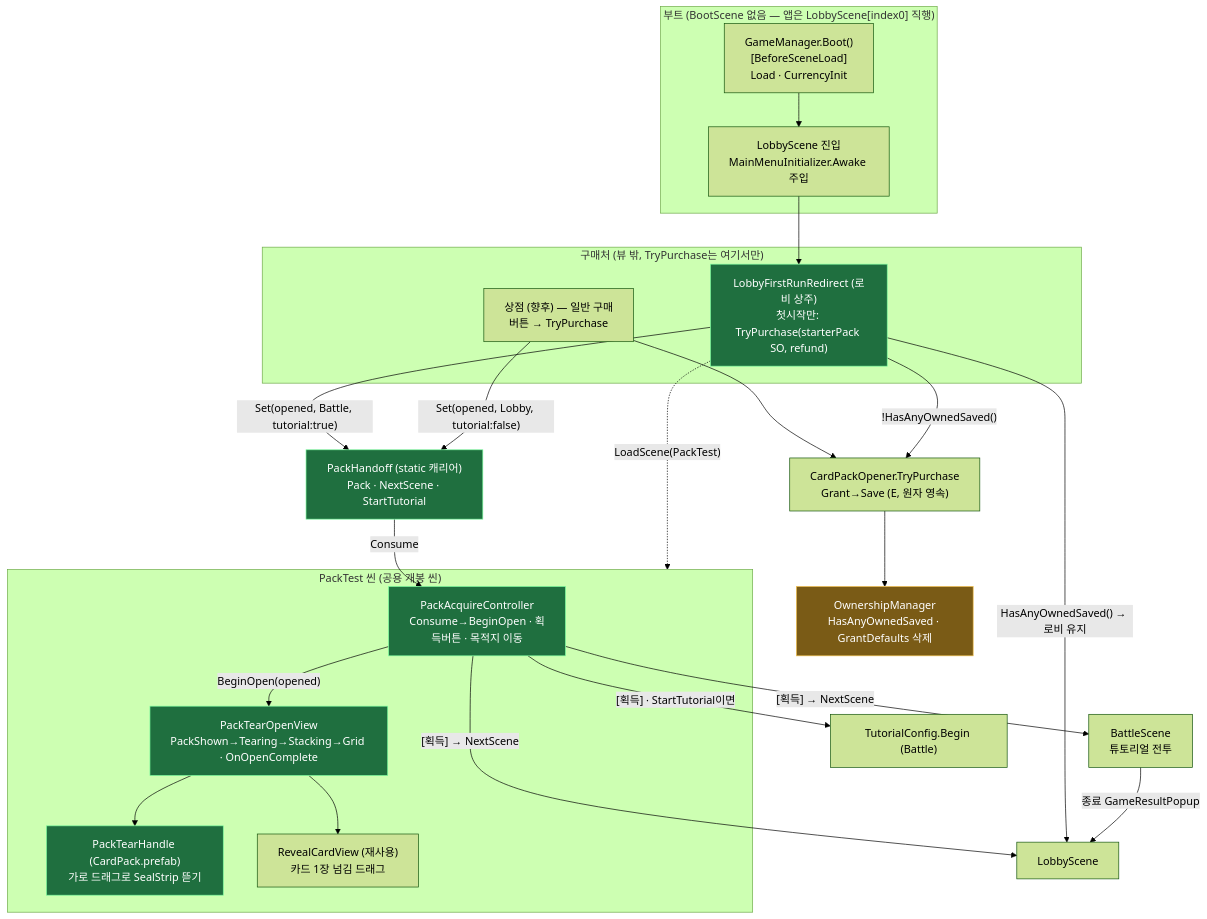
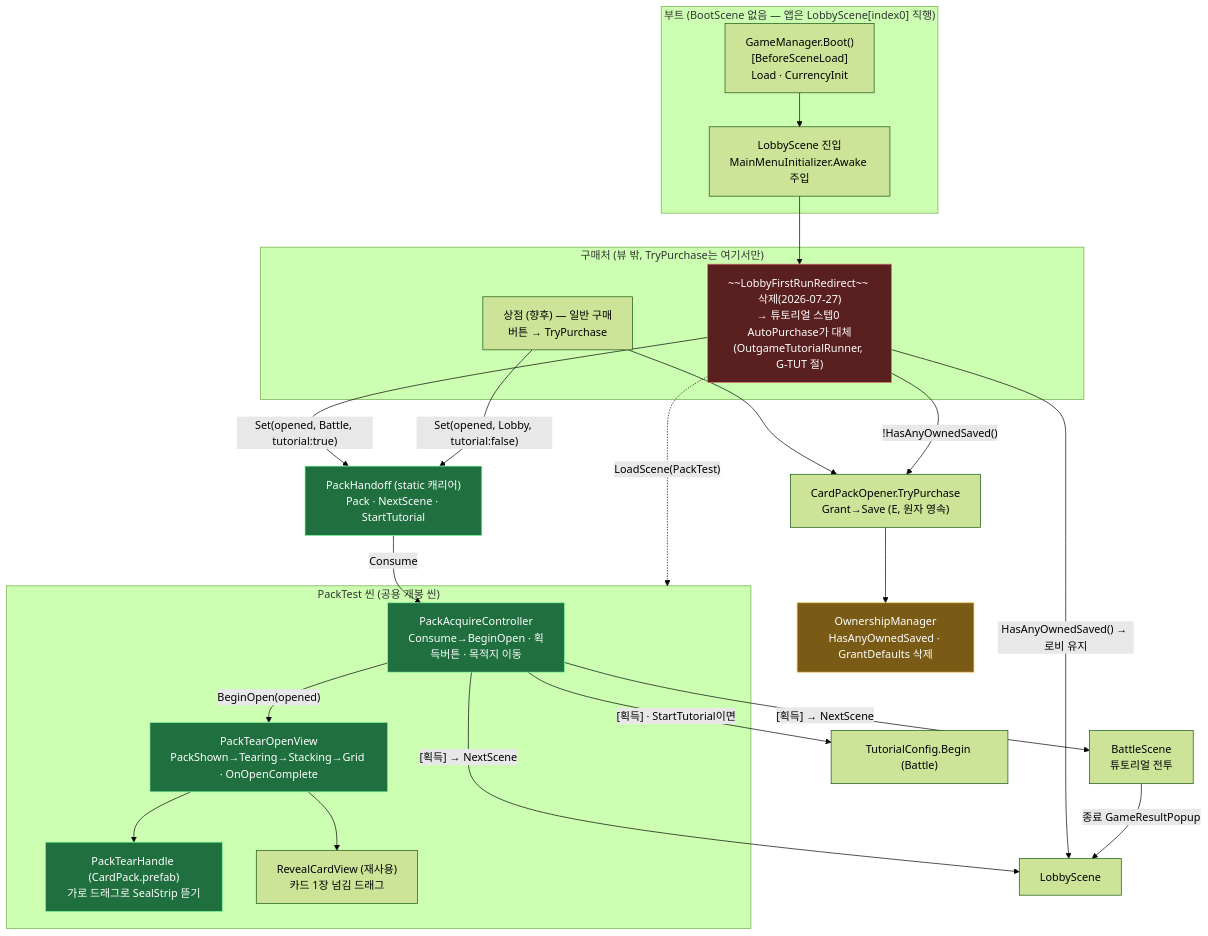
The ninth of 14 diagrams in docs/OutGamePlan/STRUCTURE.md (hspark-maker/TeamfightTCG_Migriation), drawn with Mermaid (forest theme) before and after one commit. The commit also changed other lines of this file and 50 other files, not shown here.

````diff
--- a/docs/OutGamePlan/STRUCTURE.md
+++ b/docs/OutGamePlan/STRUCTURE.md
@@ -411,48 +414,49 @@
 ```mermaid
 flowchart TD
     subgraph boot["부트 (BootScene 없음 — 앱은 LobbyScene[index0] 직행)"]
         GM["GameManager.Boot()<br/>[BeforeSceneLoad]<br/>Load · CurrencyInit"]
         MMI["LobbyScene 진입<br/>MainMenuInitializer.Awake 주입"]
     end
 
     subgraph buy["구매처 (뷰 밖, TryPurchase는 여기서만)"]
         SHOP["상점 (향후) — 일반 구매<br/>버튼 → TryPurchase"]
-        FIRST["LobbyFirstRunRedirect (로비 상주)<br/>첫시작만: TryPurchase(starterPack SO, refund)"]:::new
+        FIRST["~~LobbyFirstRunRedirect~~ 삭제(2026-07-27)<br/>→ 튜토리얼 스텝0 AutoPurchase가 대체<br/>(OutgameTutorialRunner, G-TUT 절)"]:::dead
     end
 
     HAND["PackHandoff (static 캐리어)<br/>Pack · NextScene · StartTutorial"]:::new
 
     subgraph scene["PackTest 씬 (공용 개봉 씬)"]
         CTRL["PackAcquireController<br/>Consume→BeginOpen · 획득버튼 · 목적지 이동"]:::new
         VIEW["PackTearOpenView<br/>PackShown→Tearing→Stacking→Grid · OnOpenComplete"]:::new
         HDL["PackTearHandle (CardPack.prefab)<br/>가로 드래그로 SealStrip 뜯기"]:::new
         CARD["RevealCardView (재사용)<br/>카드 1장 넘김 드래그"]
     end
 
     OPENER["CardPackOpener.TryPurchase<br/>Grant→Save (E, 원자 영속)"]
     OWN["OwnershipManager<br/>HasAnyOwnedSaved · GrantDefaults 삭제"]:::chg
     TUT["TutorialConfig.Begin (Battle)"]
     LOBBY["LobbyScene"]
     BATTLE["BattleScene<br/>튜토리얼 전투"]
 
     GM --> MMI
     MMI --> FIRST
     FIRST -->|"HasAnyOwnedSaved() → 로비 유지"| LOBBY
     SHOP --> OPENER
     FIRST -->|"!HasAnyOwnedSaved()"| OPENER
     OPENER --> OWN
     FIRST -->|"Set(opened, Battle, tutorial:true)"| HAND
     SHOP -->|"Set(opened, Lobby, tutorial:false)"| HAND
     FIRST -.->|"LoadScene(PackTest)"| scene
     HAND -->|"Consume"| CTRL
     CTRL -->|"BeginOpen(opened)"| VIEW
     VIEW --> HDL
     VIEW --> CARD
     CTRL -->|"[획득] · StartTutorial이면"| TUT
     CTRL -->|"[획득] → NextScene"| LOBBY
     CTRL -->|"[획득] → NextScene"| BATTLE
     BATTLE -->|"종료 GameResultPopup"| LOBBY
 
     classDef new fill:#1f6f3f,stroke:#7CFC9E,color:#fff;
     classDef chg fill:#7a5b16,stroke:#f2c14e,color:#fff;
+    classDef dead fill:#5a1f1f,stroke:#e57373,color:#fff;
 ```
````
